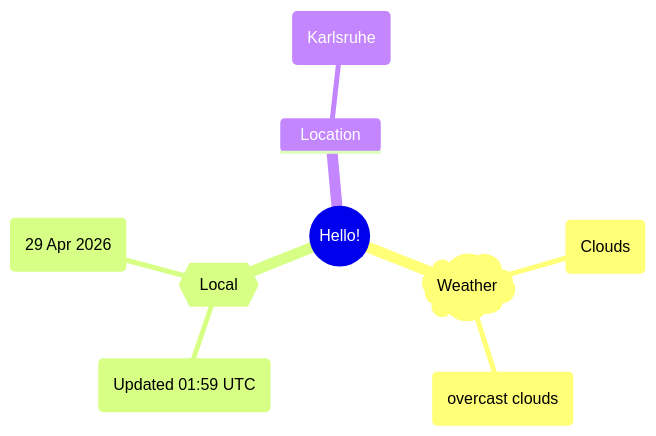
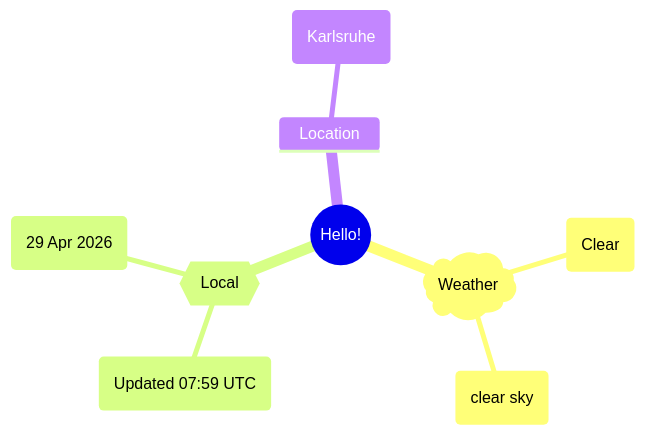
Before and after one commit to Xosrov/Xosrov: the first of 2 diagrams in README.md, drawn with Mermaid.

Commit message:
[bot] updated images

````diff
--- a/README.md
+++ b/README.md
@@ -3,12 +3,12 @@
 ```mermaid
 mindmap
   root((Hello!))
     )Weather(
-        (Clouds)
-        (overcast clouds)
+        (Clear)
+        (clear sky)
     {{Local}}
-        (Updated 01:59 UTC)
+        (Updated 07:59 UTC)
         (29 Apr 2026)
     Location
         (Karlsruhe)
 ```
````
